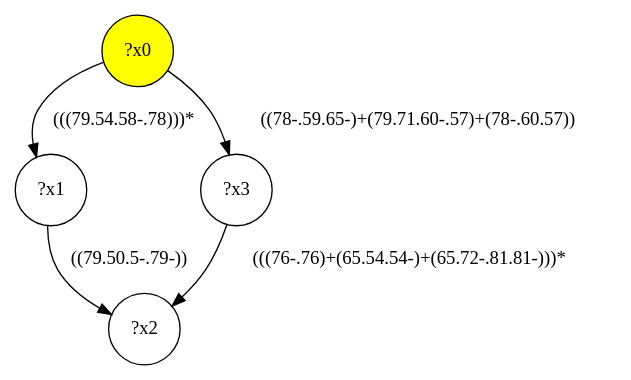
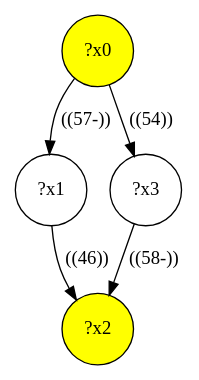
The diagram in lib/gmark/demo/shop/shop-interface/query-8.dot (MathieuGicquel/federated-benchmark), drawn with Graphviz before and after one commit. The commit also changed 361 other files, not shown here.

```diff
--- a/lib/gmark/demo/shop/shop-interface/query-8.dot
+++ b/lib/gmark/demo/shop/shop-interface/query-8.dot
@@ -1,10 +1,10 @@
 digraph g {
 	x0 [fillcolor="yellow", style="filled," shape=circle, label="?x0"];
+	x2 [fillcolor="yellow", style="filled," shape=circle, label="?x2"];
 	x1 [shape=circle, label="?x1"];
-	x0 -> x1 [label="(((79.54.58-.78)))*"];
-	x2 [shape=circle, label="?x2"];
-	x1 -> x2 [label="((79.50.5-.79-))"];
+	x0 -> x1 [label="((57-))"];
+	x1 -> x2 [label="((46))"];
 	x3 [shape=circle, label="?x3"];
-	x0 -> x3 [label="((78-.59.65-)+(79.71.60-.57)+(78-.60.57))"];
-	x3 -> x2 [label="(((76-.76)+(65.54.54-)+(65.72-.81.81-)))*"];
+	x0 -> x3 [label="((54))"];
+	x3 -> x2 [label="((58-))"];
 }
```
